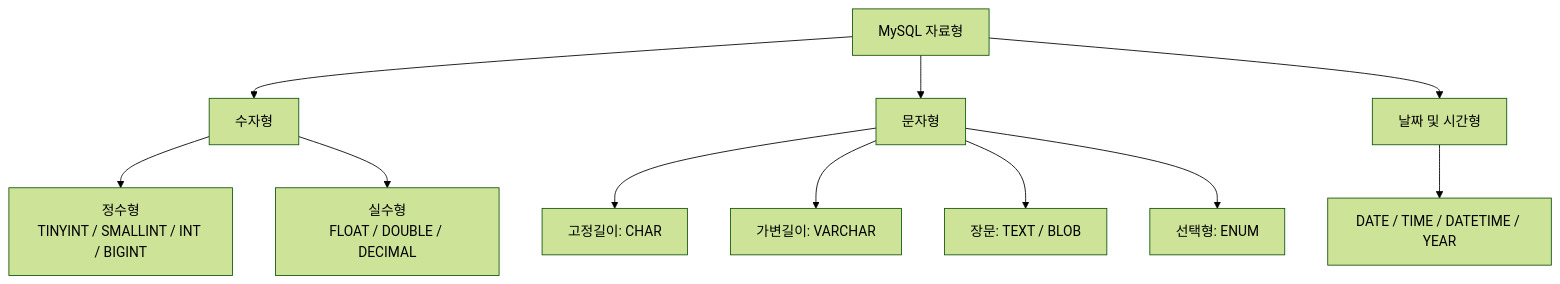
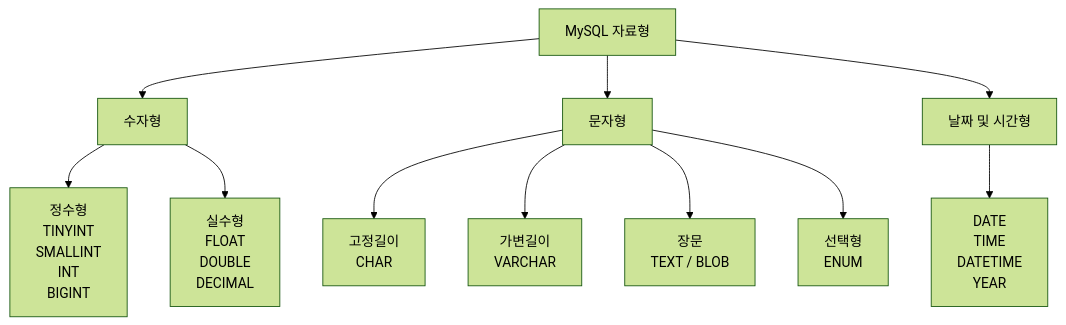
One commit to sbaek100/sbaek100.github.io changed the first of 10 diagrams in _posts/2026-03-04-database-4-1.md. Above: the diagram before and after it, drawn with Mermaid (forest theme). The commit also changed other lines of this file, not shown here.

````diff
--- a/_posts/2026-03-04-database-4-1.md
+++ b/_posts/2026-03-04-database-4-1.md
@@ -48,13 +48,13 @@
 ```mermaid
 graph TD
     A[MySQL 자료형] --> B[수자형]
     A --> C[문자형]
     A --> D[날짜 및 시간형]
-    B --> B1["정수형<br/>TINYINT / SMALLINT / INT / BIGINT"]
-    B --> B2["실수형<br/>FLOAT / DOUBLE / DECIMAL"]
-    C --> C1["고정길이: CHAR"]
-    C --> C2["가변길이: VARCHAR"]
-    C --> C3["장문: TEXT / BLOB"]
-    C --> C4["선택형: ENUM"]
-    D --> D1["DATE / TIME / DATETIME / YEAR"]
+    B --> B1["정수형<br/>TINYINT<br/>SMALLINT<br/>INT<br/>BIGINT"]
+    B --> B2["실수형<br/>FLOAT<br/>DOUBLE<br/>DECIMAL"]
+    C --> C1["고정길이<br/>CHAR"]
+    C --> C2["가변길이<br/>VARCHAR"]
+    C --> C3["장문<br/>TEXT / BLOB"]
+    C --> C4["선택형<br/>ENUM"]
+    D --> D1["DATE<br/>TIME<br/>DATETIME<br/>YEAR"]
 ```
````
